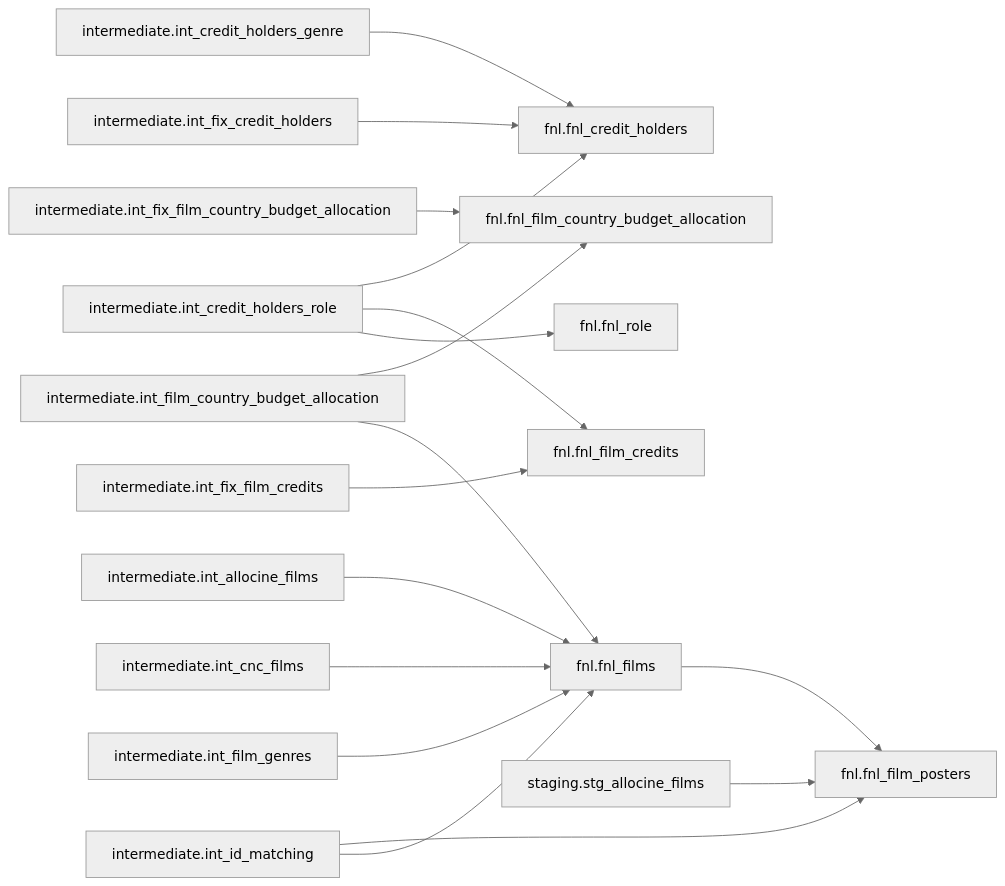
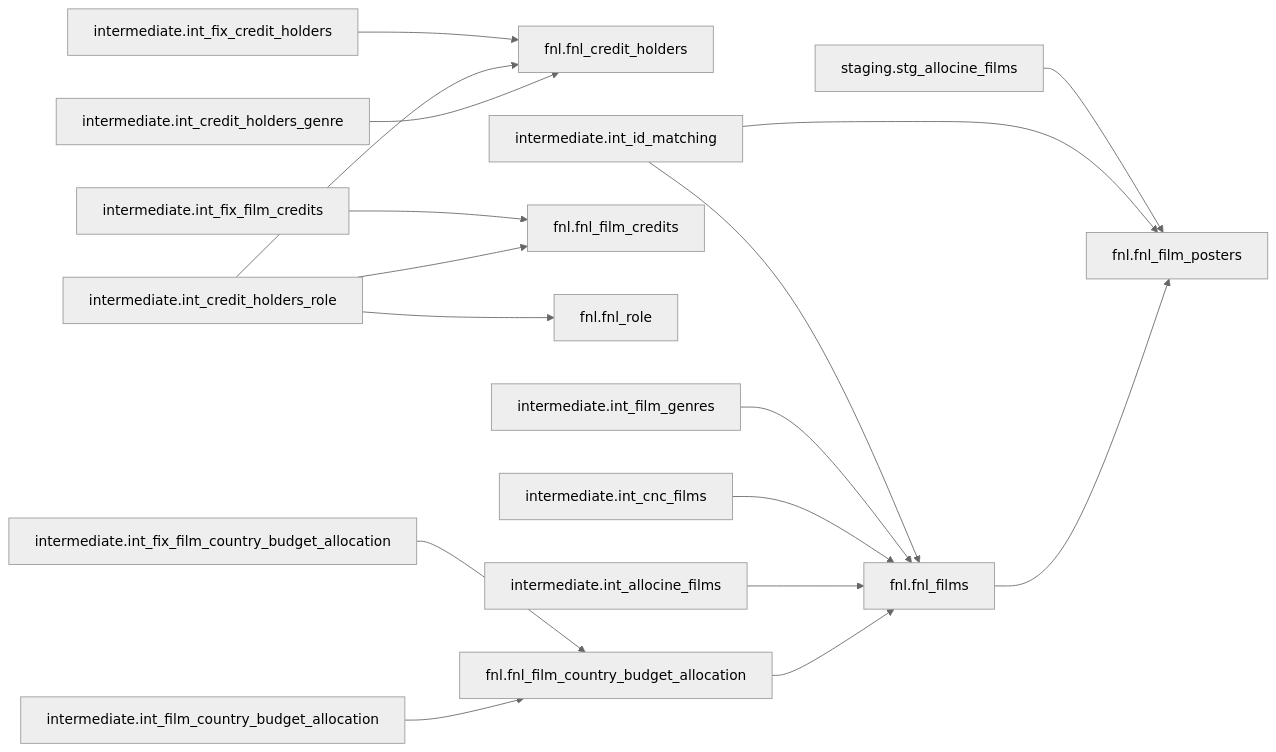
One commit to Le-Collectif-50-50/cinestats-5050 changed the second of 5 diagrams in docs/dbt-lineage.md. Above: the diagram before and after it, drawn with Mermaid (neutral theme). The commit also changed other lines of this file, not shown here.

````diff
--- a/docs/dbt-lineage.md
+++ b/docs/dbt-lineage.md
@@ -167,36 +167,36 @@
 ```mermaid
 flowchart LR
   n3["fnl.fnl_credit_holders"]
   n4["fnl.fnl_film_country_budget_allocation"]
   n5["fnl.fnl_film_credits"]
   n6["fnl.fnl_film_posters"]
   n7["fnl.fnl_films"]
   n8["fnl.fnl_role"]
   n9["intermediate.int_allocine_films"]
   n10["intermediate.int_cnc_films"]
   n11["intermediate.int_credit_holders_genre"]
   n12["intermediate.int_credit_holders_role"]
   n13["intermediate.int_film_country_budget_allocation"]
   n14["intermediate.int_film_genres"]
   n17["intermediate.int_fix_credit_holders"]
   n20["intermediate.int_fix_film_country_budget_allocation"]
   n21["intermediate.int_fix_film_credits"]
   n23["intermediate.int_id_matching"]
   n26["staging.stg_allocine_films"]
+  n4 --> n7
   n7 --> n6
   n9 --> n7
   n10 --> n7
   n11 --> n3
   n12 --> n3
   n12 --> n5
   n12 --> n8
   n13 --> n4
-  n13 --> n7
   n14 --> n7
   n17 --> n3
   n20 --> n4
   n21 --> n5
   n23 --> n6
   n23 --> n7
   n26 --> n6
 ```
````
